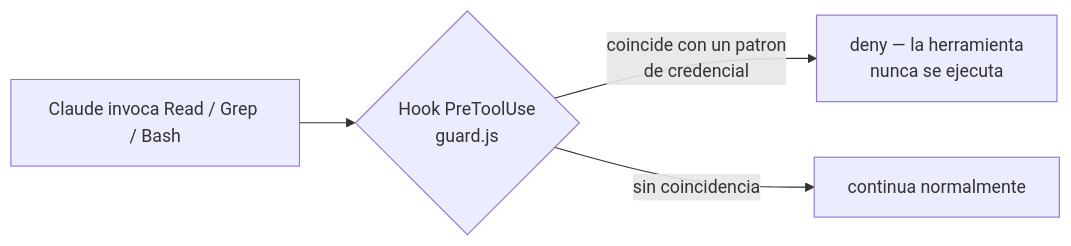
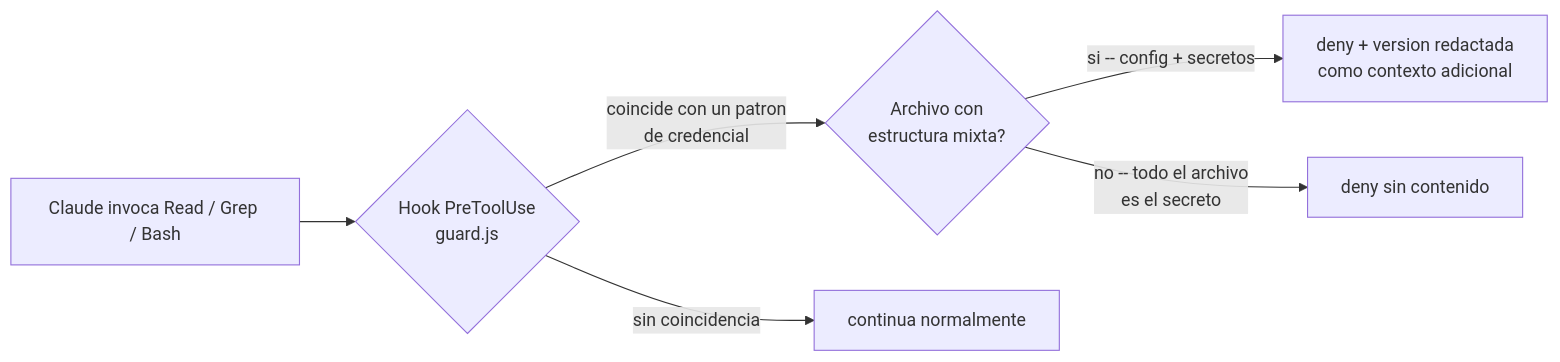
The diagram in README.md (DanielWueno/credential-read-guard), drawn with Mermaid before and after one commit. The commit also changed other lines of this file and 1 other file, not shown here.

Commit message:
feat: redact and return mixed-structure config files instead of a bare deny

````diff
--- a/README.md
+++ b/README.md
@@ -13,6 +13,8 @@
 ```mermaid
 flowchart LR
     A[Claude invoca Read / Grep / Bash] --> B{Hook PreToolUse<br/>guard.js}
-    B -->|coincide con un patron<br/>de credencial| C[deny — la herramienta<br/>nunca se ejecuta]
+    B -->|coincide con un patron<br/>de credencial| E{Archivo con<br/>estructura mixta?}
+    E -->|si -- config + secretos| F[deny + version redactada<br/>como contexto adicional]
+    E -->|no -- todo el archivo<br/>es el secreto| C[deny sin contenido]
     B -->|sin coincidencia| D[continua normalmente]
 ```
````
